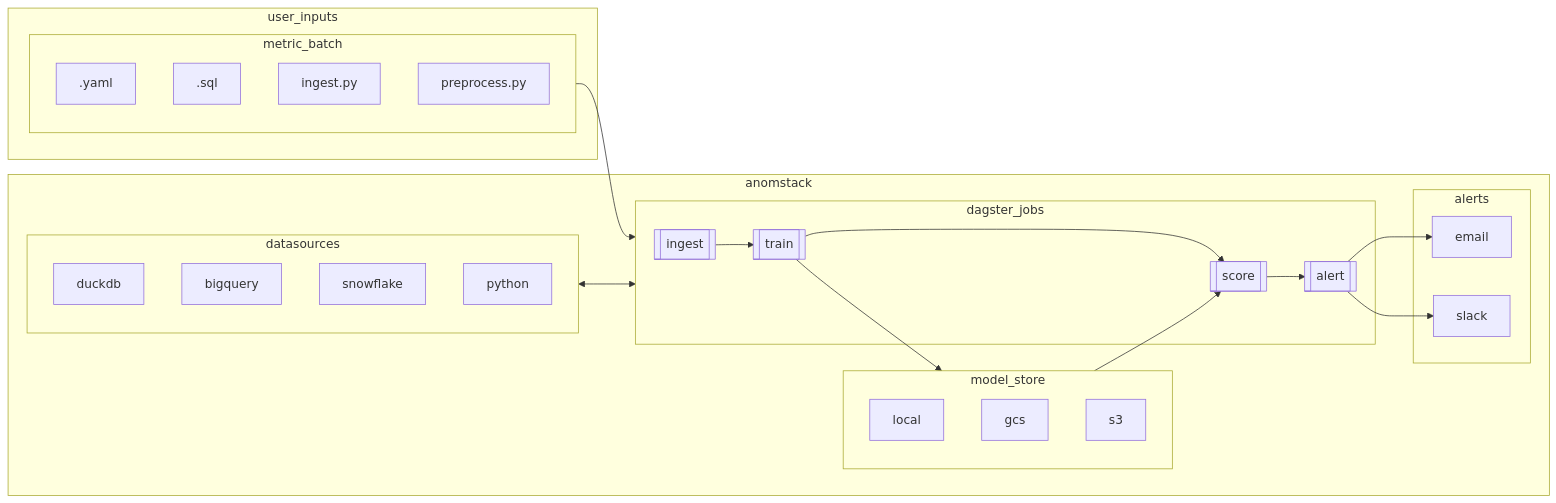
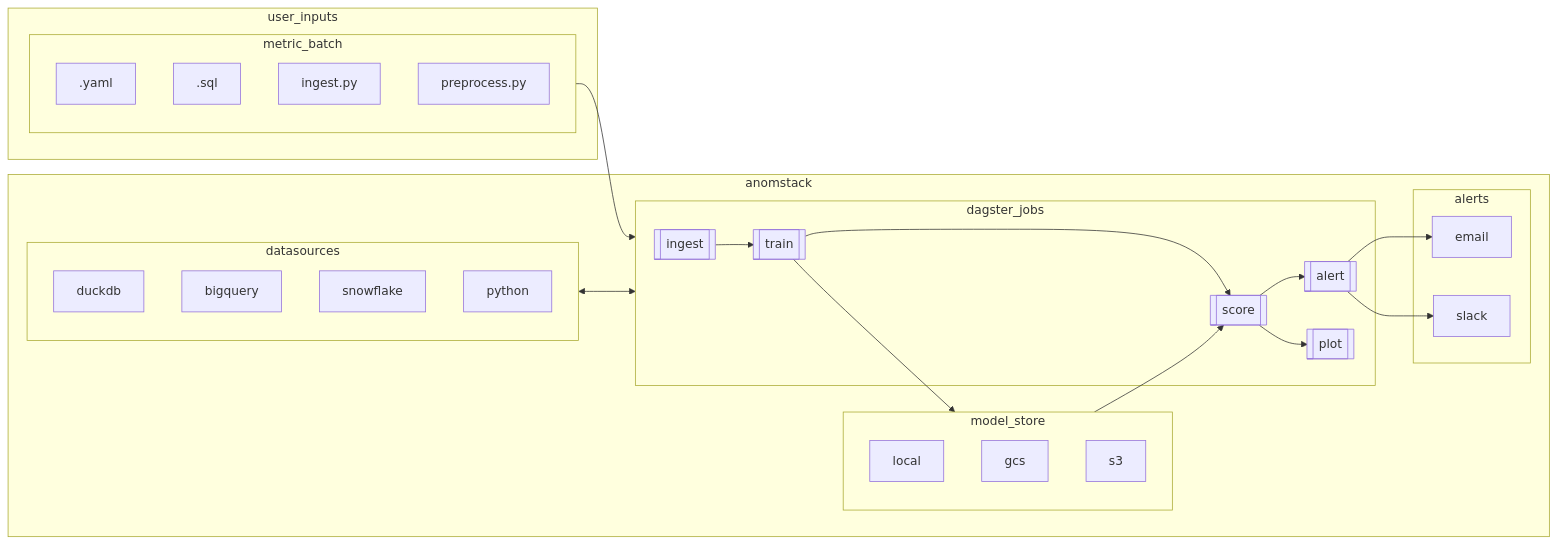
The diagram in README.md (andrewm4894/anomstack), drawn with Mermaid before and after one commit. The commit also changed other lines of this file and 6 other files, not shown here.

````diff
--- a/README.md
+++ b/README.md
@@ -114,69 +115,72 @@
 ```mermaid
 flowchart LR;
 
     metric_batch_config[".yaml"]
     metric_batch_sql[".sql"]
     metric_batch_ingest_py["ingest.py"]
     metric_batch_preprocess_py["preprocess.py"]
     ingest[[ingest]]
     train[[train]]
     score[[score]]
     alert[[alert]]
+    plot[[plot]]
 
     subgraph metric_batch
     metric_batch_config
     metric_batch_sql
     metric_batch_ingest_py
     metric_batch_preprocess_py
     end
 
     subgraph dagster_jobs
     ingest
     train
     score
     alert
+    plot
     end
 
     subgraph alerts
     email
     slack
     end
 
     subgraph datasources
     duckdb
     bigquery
     snowflake
     python
     end
 
     subgraph user_inputs
     metric_batch
     end
 
     subgraph anomstack
     dagster_jobs
     datasources
     model_store
     alerts
     end
 
     subgraph model_store
     local
     gcs
     s3
     end
 
     ingest --> train
     train --> score
     score --> alert
+    score --> plot
 
     metric_batch --> dagster_jobs
 
     alert --> email
     alert --> slack
 
     datasources <--> dagster_jobs
     train --> model_store
     model_store --> score
 
 ```
````
